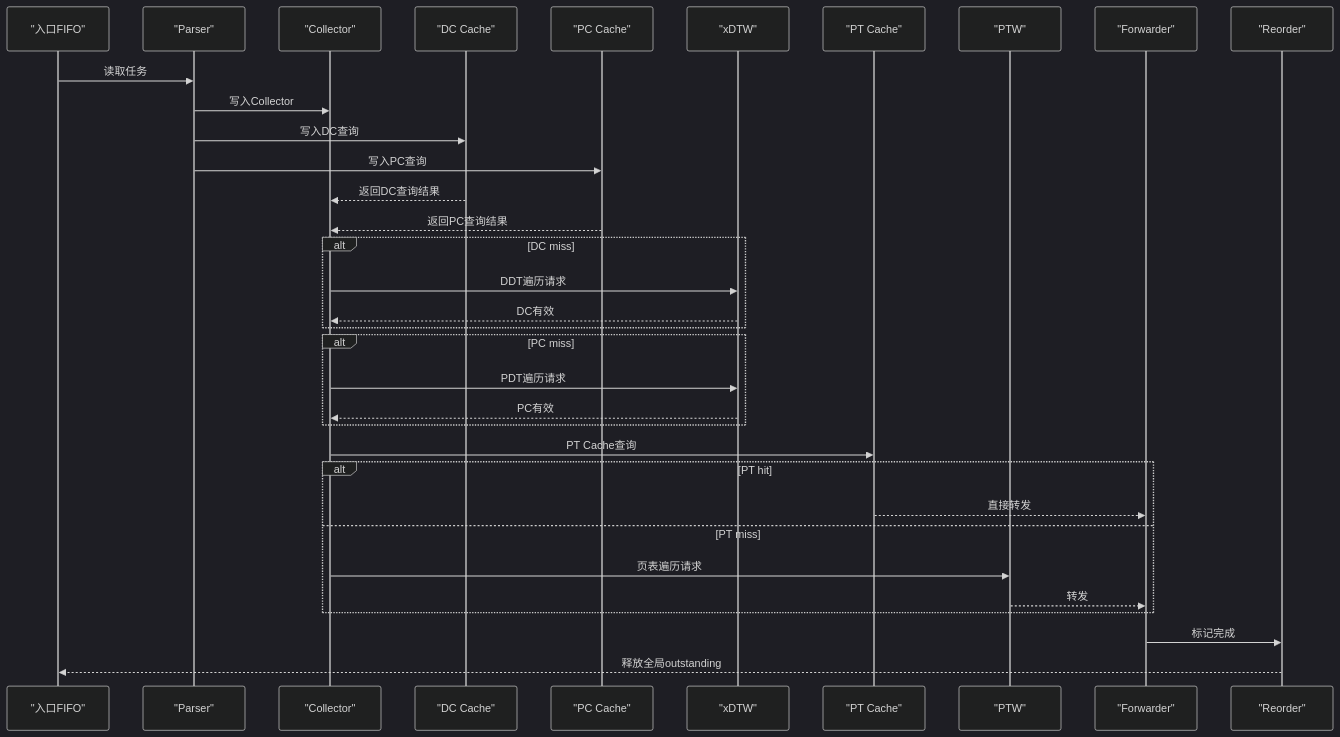
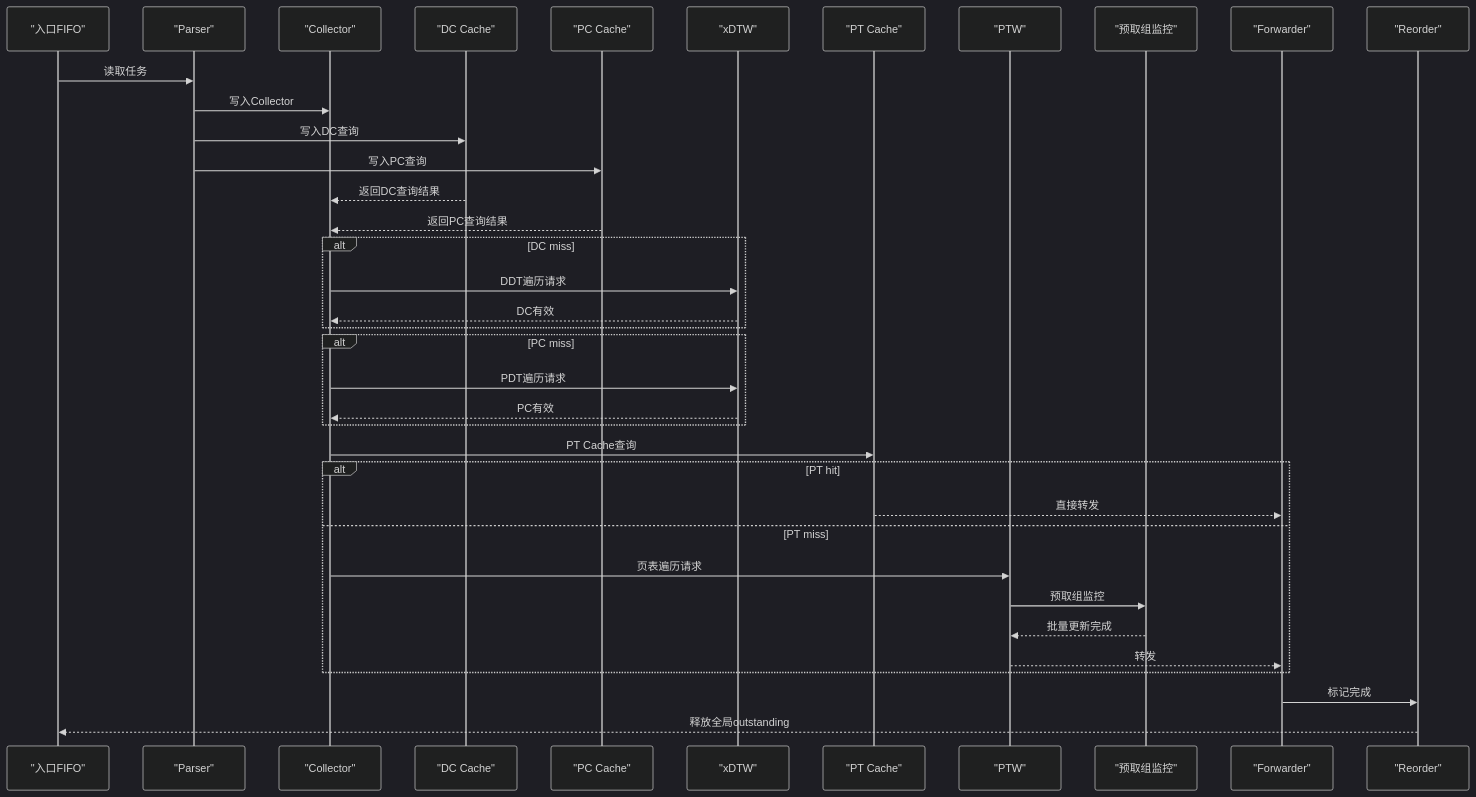
Before and after one commit to jiangjiang1122/iommu_model_20260401_v1: the second of 16 diagrams in .qoder/repowiki/zh/content/性能模型实现/性能模型实现.md, drawn with Mermaid (dark theme). The commit also changed other lines of this file and 12 other files, not shown here.

````diff
--- a/.qoder/repowiki/zh/content/性能模型实现/性能模型实现.md
+++ b/.qoder/repowiki/zh/content/性能模型实现/性能模型实现.md
@@ -136,36 +153,39 @@
 ```mermaid
 sequenceDiagram
 participant IN as "入口FIFO"
 participant P as "Parser"
 participant C as "Collector"
 participant DC as "DC Cache"
 participant PC as "PC Cache"
 participant X as "xDTW"
 participant PT as "PT Cache"
 participant PW as "PTW"
+participant MON as "预取组监控"
 participant F as "Forwarder"
 participant R as "Reorder"
 IN->>P : 读取任务
 P->>C : 写入Collector
 P->>DC : 写入DC查询
 P->>PC : 写入PC查询
 DC-->>C : 返回DC查询结果
 PC-->>C : 返回PC查询结果
 alt DC miss
 C->>X : DDT遍历请求
 X-->>C : DC有效
 end
 alt PC miss
 C->>X : PDT遍历请求
 X-->>C : PC有效
 end
 C->>PT : PT Cache查询
 alt PT hit
 PT-->>F : 直接转发
 else PT miss
 C->>PW : 页表遍历请求
+PW->>MON : 预取组监控
+MON-->>PW : 批量更新完成
 PW-->>F : 转发
 end
 F->>R : 标记完成
 R-->>IN : 释放全局outstanding
 ```
````
